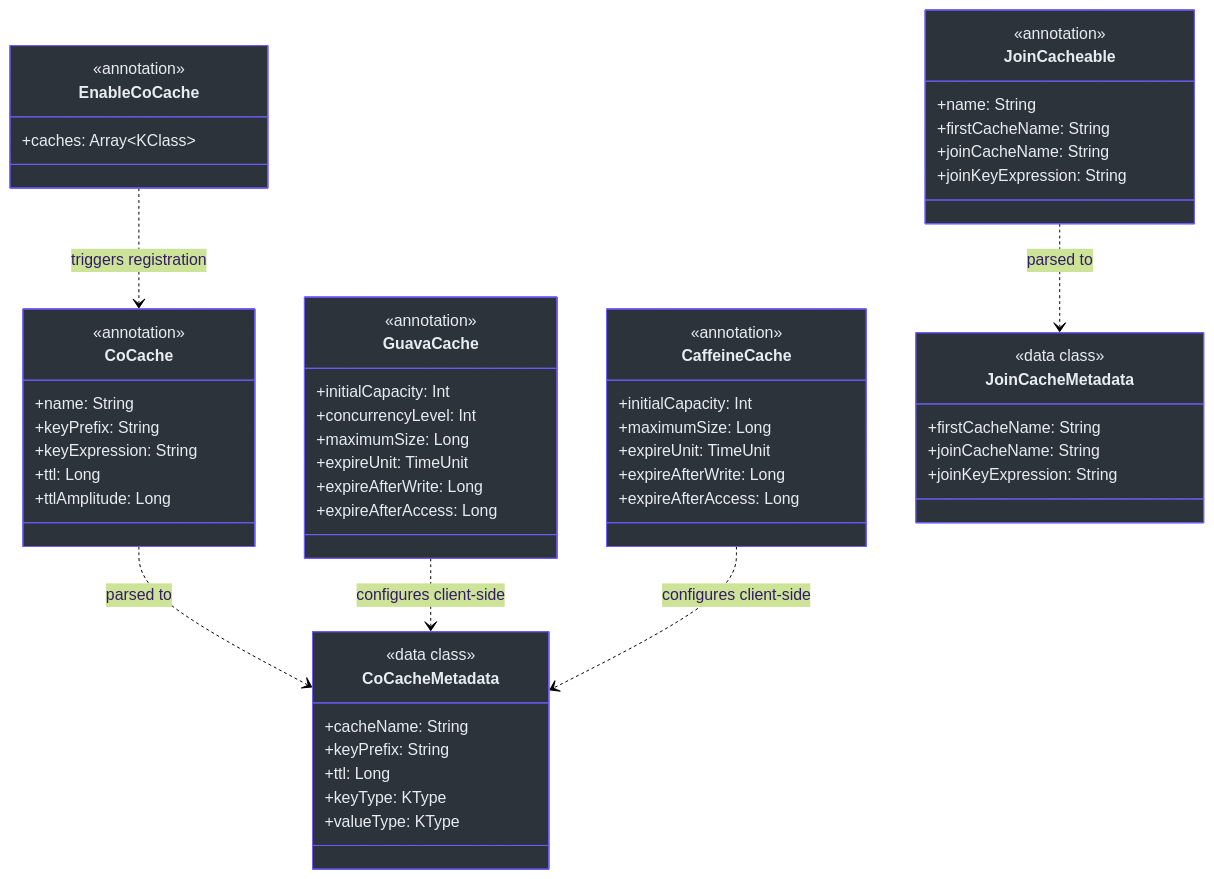
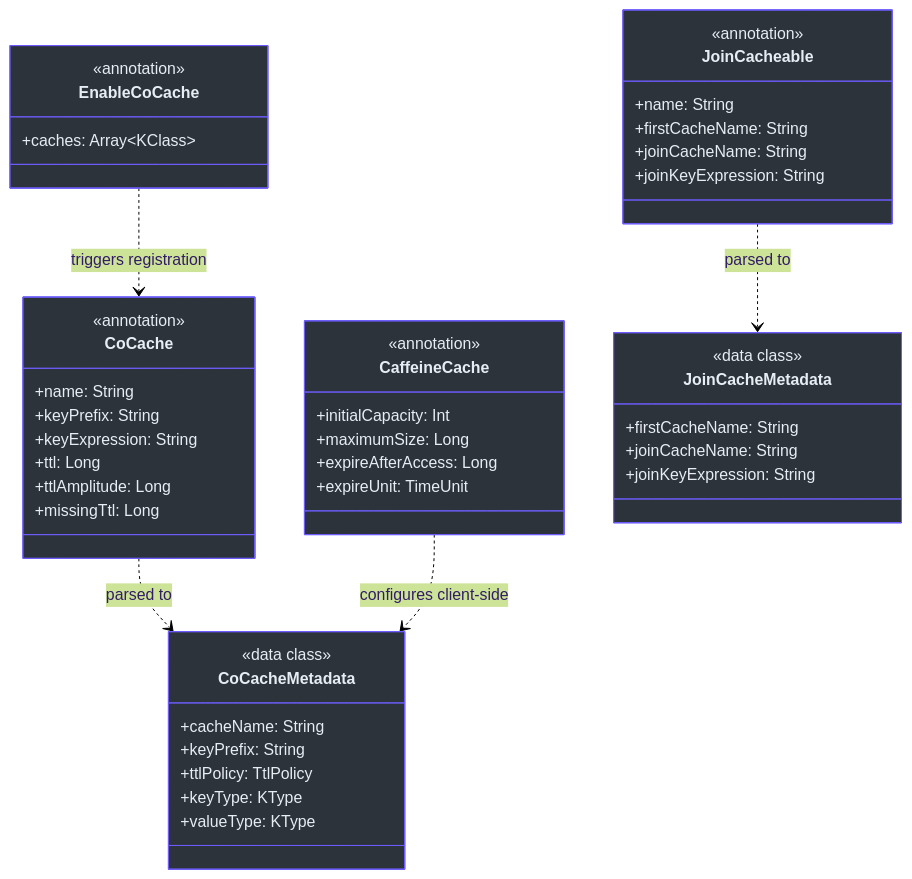
One commit to Ahoo-Wang/CoCache changed the second of 3 diagrams in wiki/api/annotations.md. Above: the diagram before and after it, drawn with Mermaid (forest theme). The commit also changed other lines of this file and 256 other files, not shown here.

````diff
--- a/wiki/api/annotations.md
+++ b/wiki/api/annotations.md
@@ -202,69 +163,58 @@
 ```mermaid
 classDiagram
     direction TB
 
     class CoCache {
         <<annotation>>
         +name: String
         +keyPrefix: String
         +keyExpression: String
         +ttl: Long
         +ttlAmplitude: Long
-    }
-    class GuavaCache {
-        <<annotation>>
-        +initialCapacity: Int
-        +concurrencyLevel: Int
-        +maximumSize: Long
-        +expireUnit: TimeUnit
-        +expireAfterWrite: Long
-        +expireAfterAccess: Long
+        +missingTtl: Long
     }
     class CaffeineCache {
         <<annotation>>
         +initialCapacity: Int
         +maximumSize: Long
+        +expireAfterAccess: Long
         +expireUnit: TimeUnit
-        +expireAfterWrite: Long
-        +expireAfterAccess: Long
     }
     class JoinCacheable {
         <<annotation>>
         +name: String
         +firstCacheName: String
         +joinCacheName: String
         +joinKeyExpression: String
     }
     class EnableCoCache {
         <<annotation>>
         +caches: Array~KClass~
     }
     class CoCacheMetadata {
         <<data class>>
         +cacheName: String
         +keyPrefix: String
-        +ttl: Long
+        +ttlPolicy: TtlPolicy
         +keyType: KType
         +valueType: KType
     }
     class JoinCacheMetadata {
         <<data class>>
         +firstCacheName: String
         +joinCacheName: String
         +joinKeyExpression: String
     }
 
     CoCache ..> CoCacheMetadata : parsed to
-    GuavaCache ..> CoCacheMetadata : configures client-side
     CaffeineCache ..> CoCacheMetadata : configures client-side
     JoinCacheable ..> JoinCacheMetadata : parsed to
     EnableCoCache ..> CoCache : triggers registration
 
     style CoCache fill:#2d333b,stroke:#6d5dfc,color:#e6edf3
-    style GuavaCache fill:#2d333b,stroke:#6d5dfc,color:#e6edf3
     style CaffeineCache fill:#2d333b,stroke:#6d5dfc,color:#e6edf3
     style JoinCacheable fill:#2d333b,stroke:#6d5dfc,color:#e6edf3
     style EnableCoCache fill:#2d333b,stroke:#6d5dfc,color:#e6edf3
     style CoCacheMetadata fill:#2d333b,stroke:#6d5dfc,color:#e6edf3
     style JoinCacheMetadata fill:#2d333b,stroke:#6d5dfc,color:#e6edf3
 ```
````
